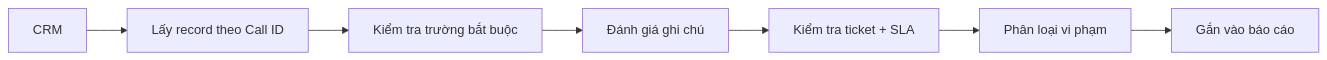
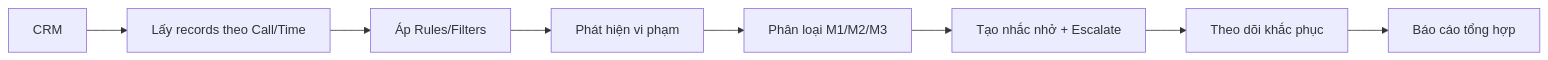
The third of 3 diagrams in mo-hinh-he-thong/dfd/DFD_Overview.md (newbiecodeDCV/Ph-n_t-ch_h-_th-ng), drawn with Mermaid before and after one commit. The commit also changed other lines of this file and 27 other files, not shown here.

````diff
--- a/mo-hinh-he-thong/dfd/DFD_Overview.md
+++ b/mo-hinh-he-thong/dfd/DFD_Overview.md
@@ -27,9 +29,10 @@
 ```mermaid
 graph LR
-  CRM[CRM] --> A[Lấy record theo Call ID]
-  A --> B[Kiểm tra trường bắt buộc]
-  B --> C[Đánh giá ghi chú]
-  C --> D[Kiểm tra ticket + SLA]
-  D --> E[Phân loại vi phạm]
-  E --> F[Gắn vào báo cáo]
+  CRM[CRM] --> A[Lấy records theo Call/Time]
+  A --> B[Áp Rules/Filters]
+  B --> C[Phát hiện vi phạm]
+  C --> D[Phân loại M1/M2/M3]
+  D --> E[Tạo nhắc nhở + Escalate]
+  E --> F[Theo dõi khắc phục]
+  F --> G[Báo cáo tổng hợp]
 ```
````
